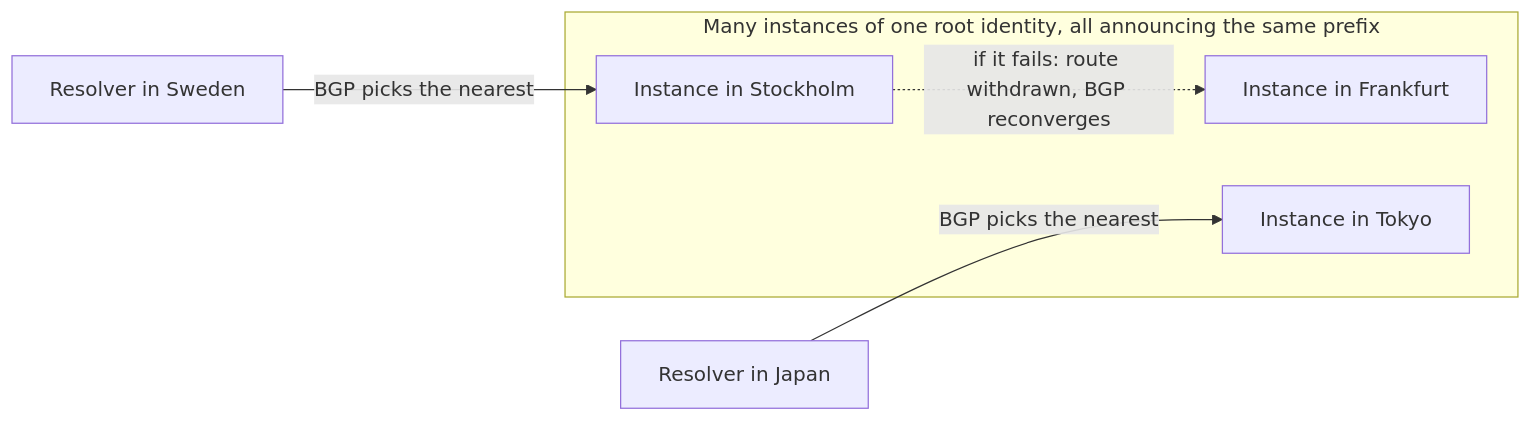
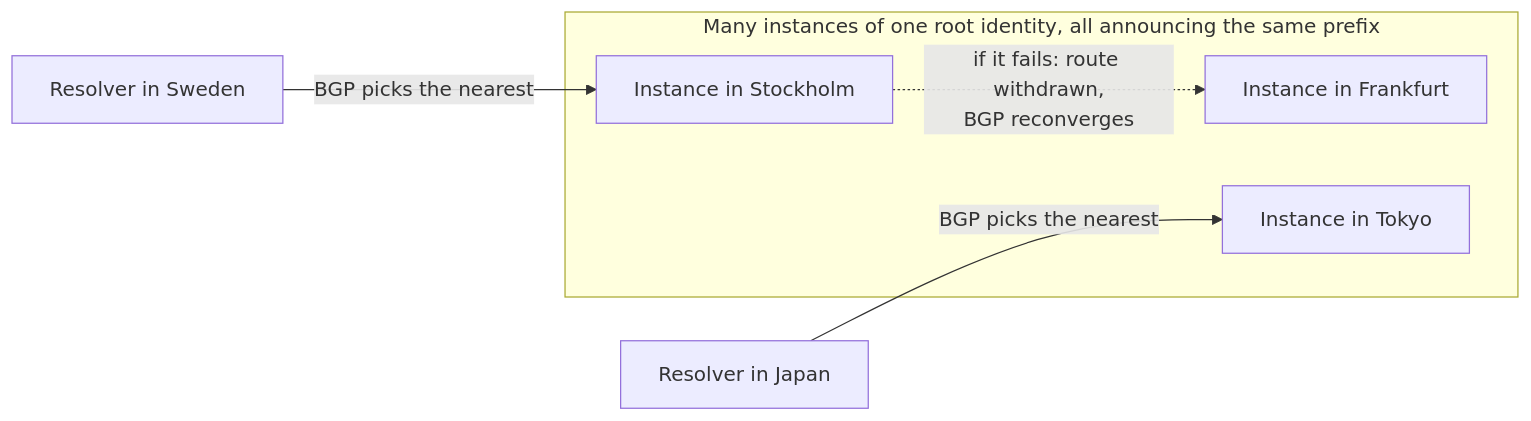
Diagram 38 of 41 in EDA387-Computer-Networks/02-DNS.md (FahimMashroor/Chalmers_CSC), drawn with Mermaid before and after one commit. The commit also changed other lines of this file, not shown here.

Commit message:
Rewrite 02 DNS in simple language with examples and diagrams

````diff
--- a/EDA387-Computer-Networks/02-DNS.md
+++ b/EDA387-Computer-Networks/02-DNS.md
@@ -1083,11 +1506,11 @@
 ```mermaid
 flowchart LR
   subgraph sites["Many instances of one root identity, all announcing the same prefix"]
     s1["Instance in Stockholm"]
     s2["Instance in Frankfurt"]
     s3["Instance in Tokyo"]
   end
   r1["Resolver in Sweden"] -->|"BGP picks the nearest"| s1
   r2["Resolver in Japan"] -->|"BGP picks the nearest"| s3
-  s1 -.->|"if it fails: route withdrawn, BGP reconverges"| s2
+  s1 -.->|"if it fails: route withdrawn,<br/>BGP reconverges"| s2
 ```
````
